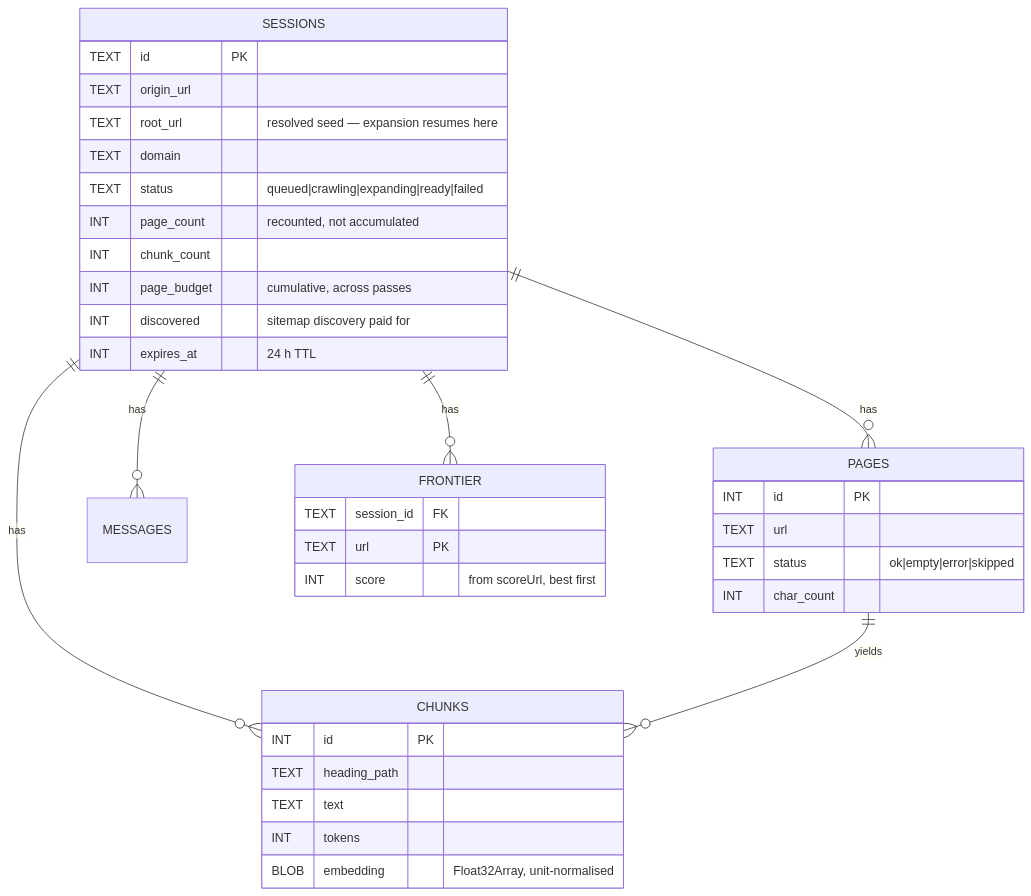
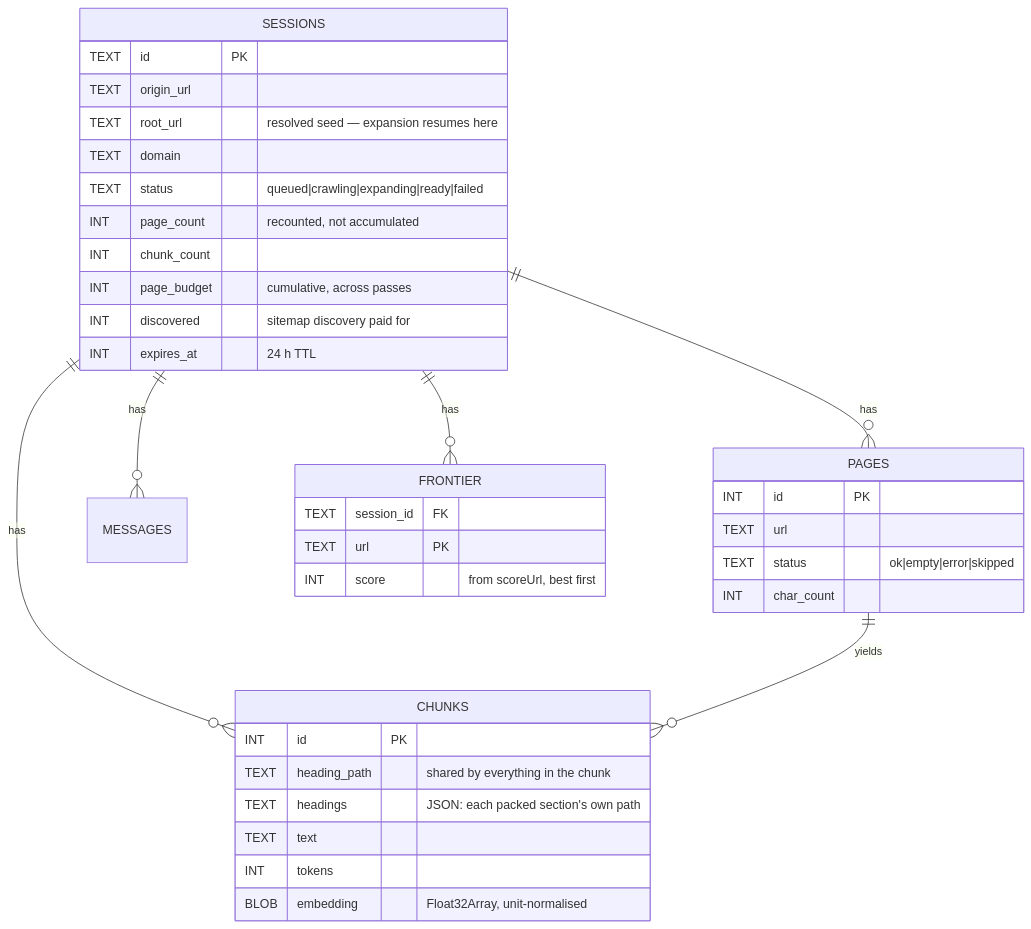
One commit to jjalcantara1/instant_chatbot changed the ninth of 10 diagrams in README.md. Above: the diagram before and after it, drawn with Mermaid. The commit also changed other lines of this file and 32 other files, not shown here.

````diff
--- a/README.md
+++ b/README.md
@@ -441,39 +641,40 @@
 ```mermaid
 erDiagram
     SESSIONS ||--o{ PAGES : "has"
     SESSIONS ||--o{ CHUNKS : "has"
     SESSIONS ||--o{ MESSAGES : "has"
     SESSIONS ||--o{ FRONTIER : "has"
     PAGES ||--o{ CHUNKS : "yields"
 
     SESSIONS {
         TEXT id PK
         TEXT origin_url
         TEXT root_url "resolved seed — expansion resumes here"
         TEXT domain
         TEXT status "queued|crawling|expanding|ready|failed"
         INT page_count "recounted, not accumulated"
         INT chunk_count
         INT page_budget "cumulative, across passes"
         INT discovered "sitemap discovery paid for"
         INT expires_at "24 h TTL"
     }
     FRONTIER {
         TEXT session_id FK
         TEXT url PK
         INT score "from scoreUrl, best first"
     }
     PAGES {
         INT id PK
         TEXT url
         TEXT status "ok|empty|error|skipped"
         INT char_count
     }
     CHUNKS {
         INT id PK
-        TEXT heading_path
+        TEXT heading_path "shared by everything in the chunk"
+        TEXT headings "JSON: each packed section's own path"
         TEXT text
         INT tokens
         BLOB embedding "Float32Array, unit-normalised"
     }
 ```
````
